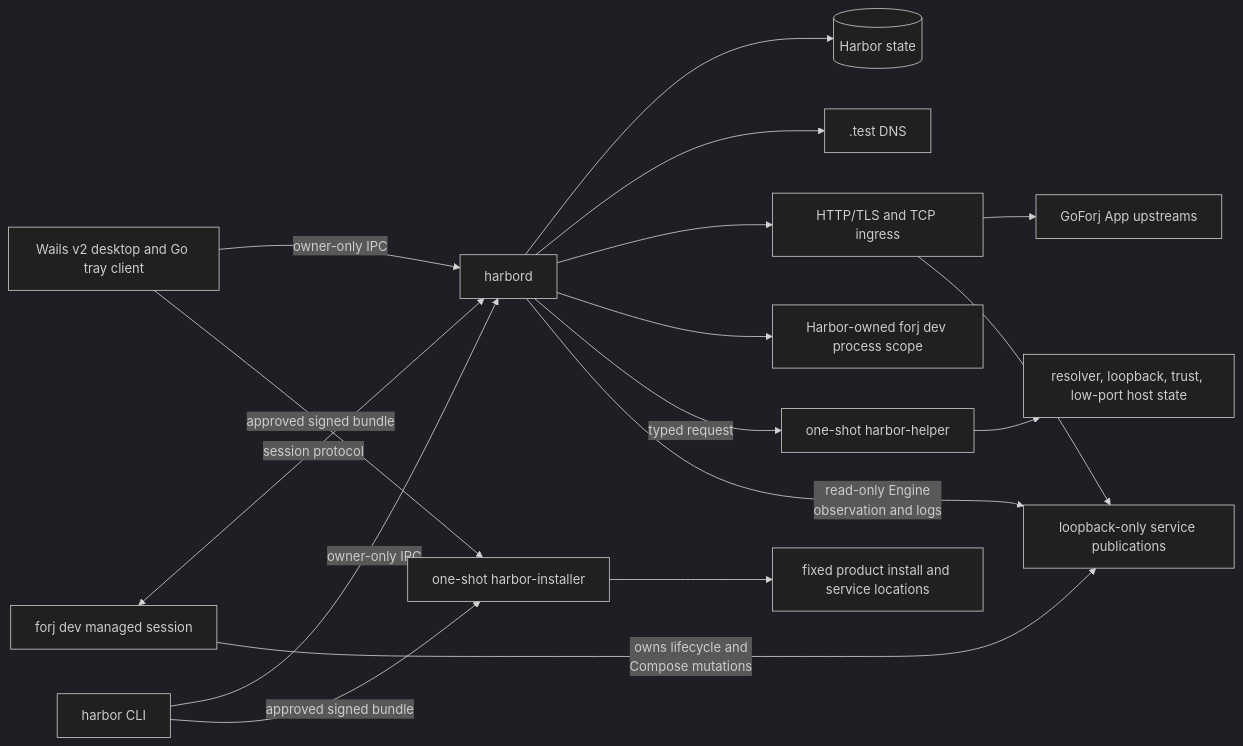
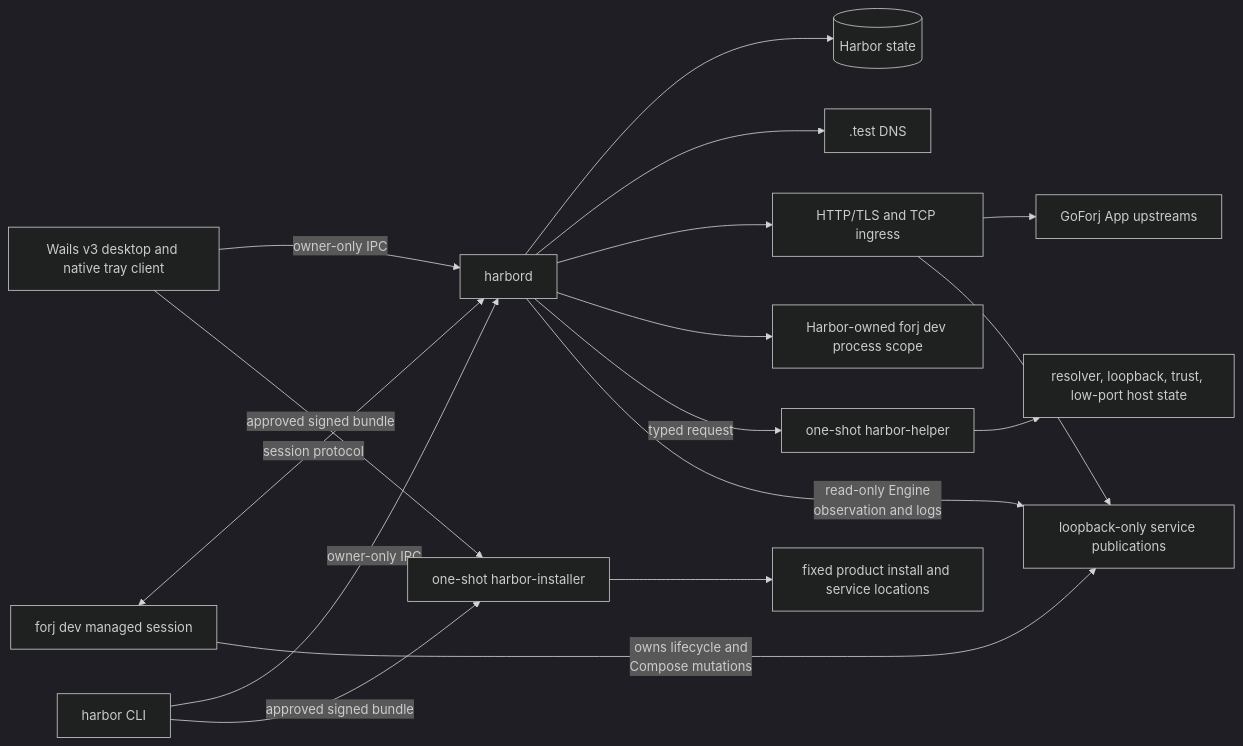
Before and after one commit to goforj/harbor: the first of 2 diagrams in docs/architecture.md, drawn with Mermaid (dark theme). The commit also changed other lines of this file and 121 other files, not shown here.

````diff
--- a/docs/architecture.md
+++ b/docs/architecture.md
@@ -9,23 +9,23 @@
 ```mermaid
 flowchart LR
-    UI[Wails v2 desktop and Go tray client] -->|owner-only IPC| D[harbord]
+    UI[Wails v3 desktop and native tray client] -->|owner-only IPC| D[harbord]
     CLI[harbor CLI] -->|owner-only IPC| D
     F[forj dev managed session] <-->|session protocol| D
 
     D --> DB[(Harbor state)]
     D --> DNS[.test DNS]
     D --> PX[HTTP/TLS and TCP ingress]
     D --> OUTER[Harbor-owned forj dev process scope]
 
     D -->|typed request| H[one-shot harbor-helper]
     H --> OS[resolver, loopback, trust, low-port host state]
 
     UI -->|approved signed bundle| U[one-shot harbor-installer]
     CLI -->|approved signed bundle| U
     U --> INSTALL[fixed product install and service locations]
 
     PX --> APPS[GoForj App upstreams]
     PX --> SVC[loopback-only service publications]
     F -->|owns lifecycle and<br/>Compose mutations| SVC
     D -->|read-only Engine<br/>observation and logs| SVC
 ```
````
